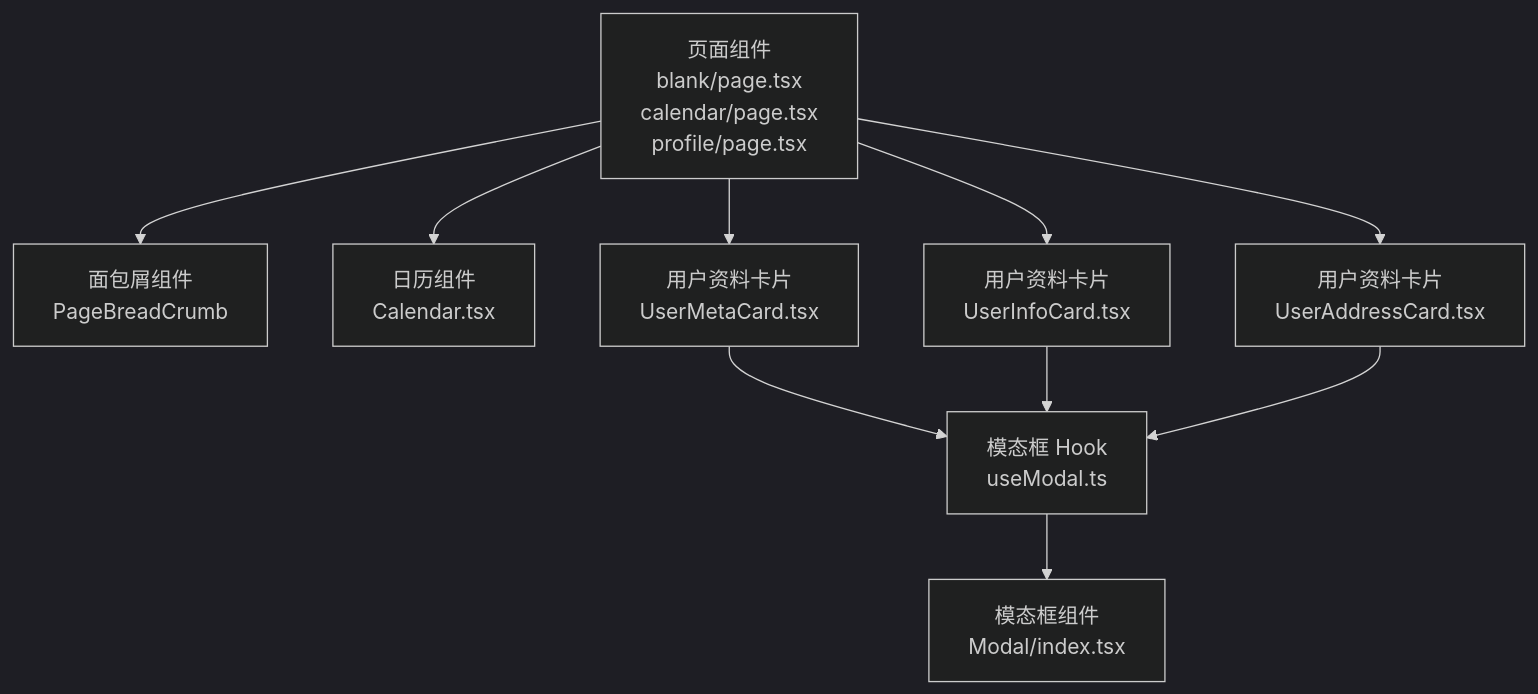
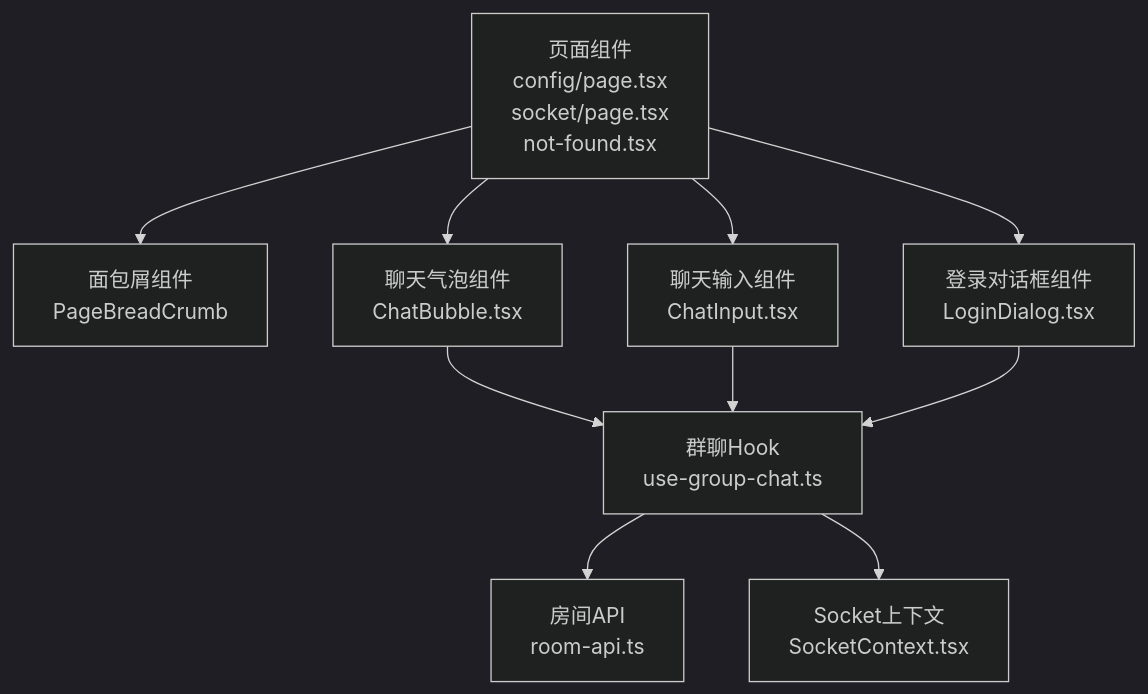
The second of 4 diagrams in .qoder/repowiki/zh/content/页面路由系统/页面类型组织结构/特殊功能页面.md (HAOFUYANG/nextjs-admin), drawn with Mermaid (dark theme) before and after one commit. The commit also changed other lines of this file and 36 other files, not shown here.

````diff
--- a/.qoder/repowiki/zh/content/页面路由系统/页面类型组织结构/特殊功能页面.md
+++ b/.qoder/repowiki/zh/content/页面路由系统/页面类型组织结构/特殊功能页面.md
@@ -100,20 +120,20 @@
 ```mermaid
 graph TB
-P["页面组件<br/>blank/page.tsx<br/>calendar/page.tsx<br/>profile/page.tsx"]
+P["页面组件<br/>config/page.tsx<br/>socket/page.tsx<br/>not-found.tsx"]
 M["面包屑组件<br/>PageBreadCrumb"]
-C1["日历组件<br/>Calendar.tsx"]
-U1["用户资料卡片<br/>UserMetaCard.tsx"]
-U2["用户资料卡片<br/>UserInfoCard.tsx"]
-U3["用户资料卡片<br/>UserAddressCard.tsx"]
-H["模态框 Hook<br/>useModal.ts"]
-V["模态框组件<br/>Modal/index.tsx"]
+C1["聊天气泡组件<br/>ChatBubble.tsx"]
+C2["聊天输入组件<br/>ChatInput.tsx"]
+C3["登录对话框组件<br/>LoginDialog.tsx"]
+H["群聊Hook<br/>use-group-chat.ts"]
+R["房间API<br/>room-api.ts"]
+S["Socket上下文<br/>SocketContext.tsx"]
 P --> M
 P --> C1
-P --> U1
-P --> U2
-P --> U3
-U1 --> H
-U2 --> H
-U3 --> H
-H --> V
+P --> C2
+P --> C3
+C1 --> H
+C2 --> H
+C3 --> H
+H --> R
+H --> S
 ```
````
